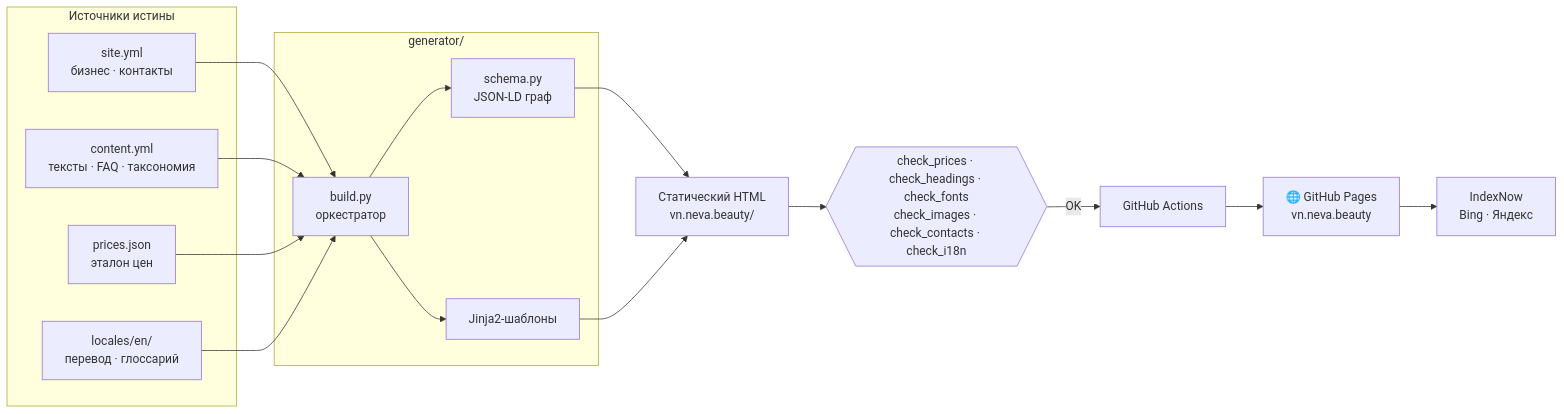
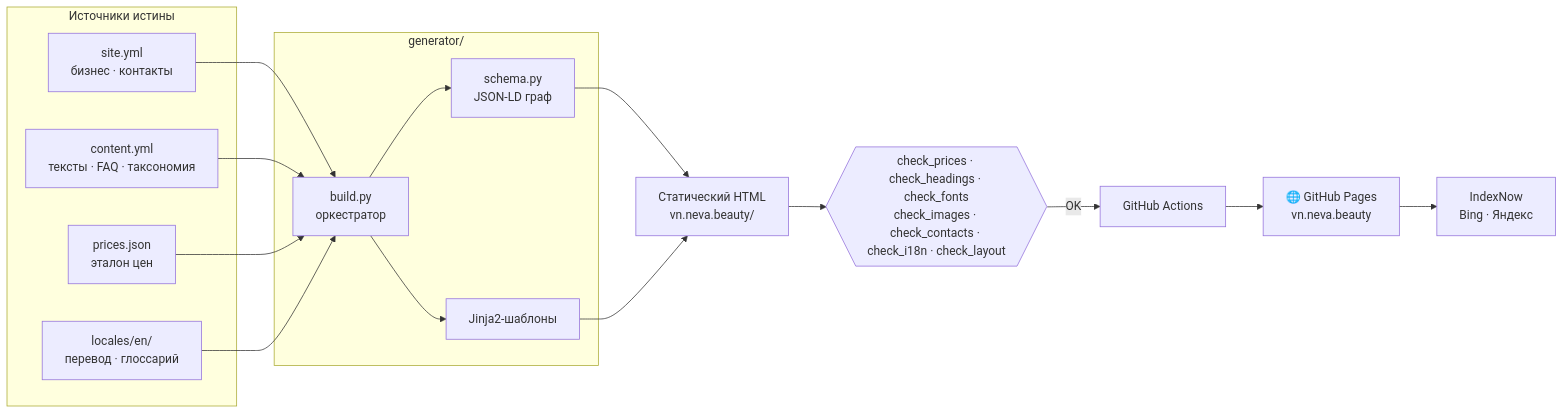
The diagram in README.md (jw-git-hub/vn.neva.beauty), drawn with Mermaid before and after one commit. The commit also changed other lines of this file and 6 other files, not shown here.

Commit message:
Добавлена проверка сборки check_layout.py: в Chrome на 23 ширинах от 250 до 1440 px главная обоих языков проверяется на наезд текста карточек «Популярного» на цену, шаг в деплое и playwright в requirements

````diff
--- a/README.md
+++ b/README.md
@@ -207,26 +207,26 @@
 ```mermaid
 flowchart LR
     subgraph SRC["Источники истины"]
         A["site.yml<br/>бизнес · контакты"]
         B["content.yml<br/>тексты · FAQ · таксономия"]
         C["prices.json<br/>эталон цен"]
         L["locales/en/<br/>перевод · глоссарий"]
     end
     subgraph GEN["generator/"]
         D["build.py<br/>оркестратор"]
         E["schema.py<br/>JSON-LD граф"]
         F["Jinja2-шаблоны"]
     end
     A --> D
     B --> D
     C --> D
     L --> D
     D --> E
     D --> F
     E --> G["Статический HTML<br/>vn.neva.beauty/"]
     F --> G
-    G --> H{{"check_prices · check_headings · check_fonts<br/>check_images · check_contacts · check_i18n"}}
+    G --> H{{"check_prices · check_headings · check_fonts<br/>check_images · check_contacts · check_i18n · check_layout"}}
     H -->|OK| I["GitHub Actions"]
     I --> J["🌐 GitHub Pages<br/>vn.neva.beauty"]
     J --> K["IndexNow<br/>Bing · Яндекс"]
 ```
````
